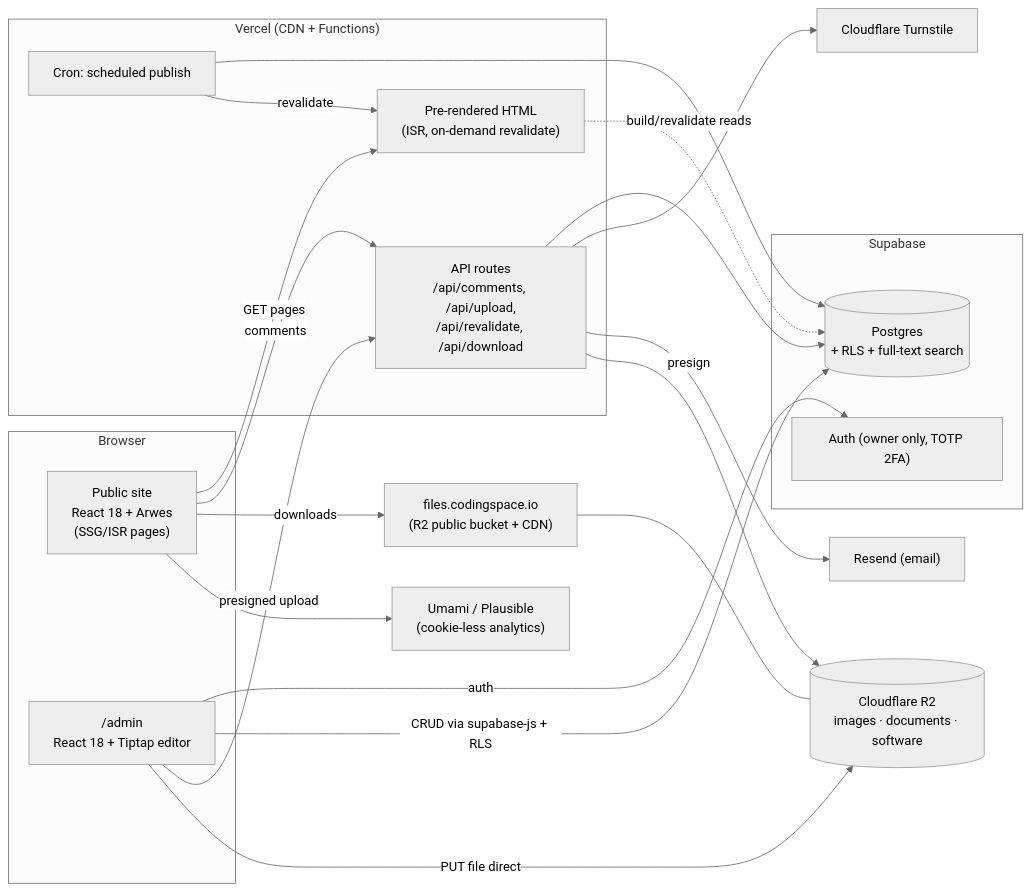
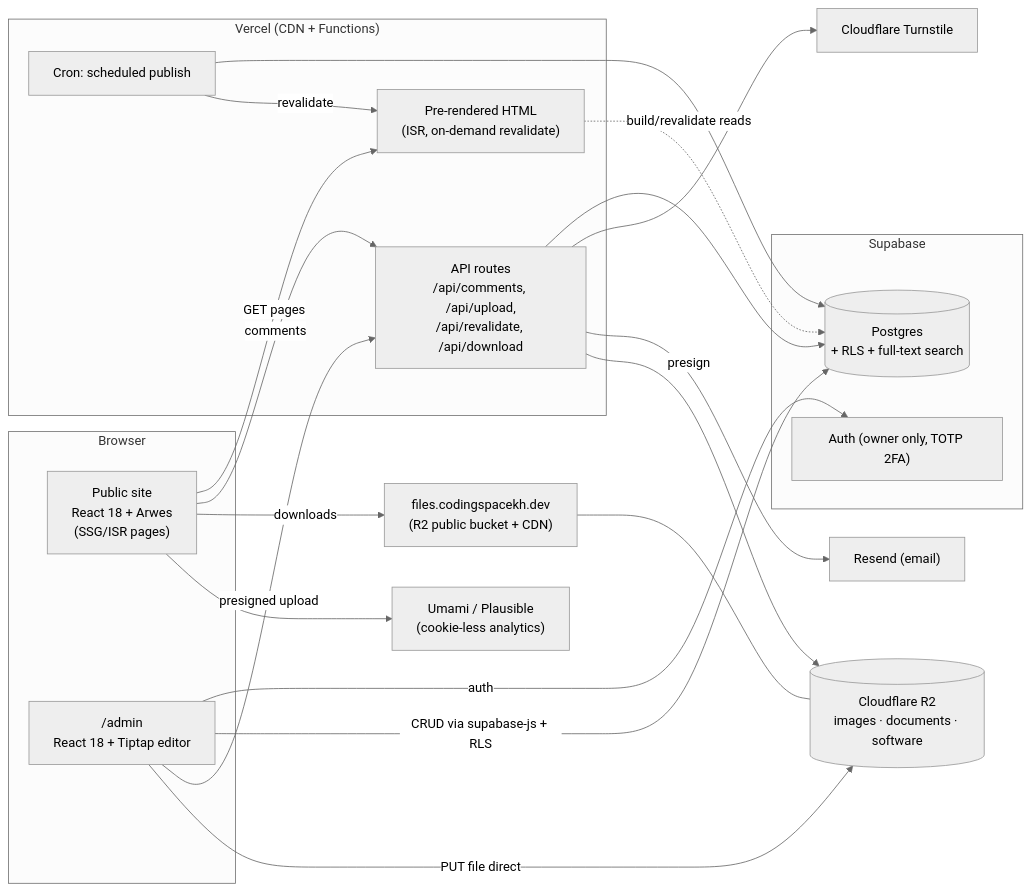
Before and after one commit to codingspacekh/codingspace: the first of 5 diagrams in docs/02-system-architecture.md, drawn with Mermaid (neutral theme). The commit also changed other lines of this file and 31 other files, not shown here.

First line of the commit message:
Domain: codingspacekh.dev (#46)

````diff
--- a/docs/02-system-architecture.md
+++ b/docs/02-system-architecture.md
@@ -30,41 +30,41 @@
 ```mermaid
 flowchart LR
   subgraph Client["Browser"]
     PUB["Public site<br/>React 18 + Arwes<br/>(SSG/ISR pages)"]
     ADM["/admin<br/>React 18 + Tiptap editor"]
   end
 
   subgraph Edge["Vercel (CDN + Functions)"]
     SSG["Pre-rendered HTML<br/>(ISR, on-demand revalidate)"]
     API["API routes<br/>/api/comments, /api/upload,<br/>/api/revalidate, /api/download"]
     CRON["Cron: scheduled publish"]
   end
 
   subgraph Data["Supabase"]
     PG[("Postgres<br/>+ RLS + full-text search")]
     AUTH["Auth (owner only, TOTP 2FA)"]
   end
 
   R2[("Cloudflare R2<br/>images · documents · software")]
-  CDN["files.codingspace.io<br/>(R2 public bucket + CDN)"]
+  CDN["files.codingspacekh.dev<br/>(R2 public bucket + CDN)"]
   TS["Cloudflare Turnstile"]
   MAIL["Resend (email)"]
   ANA["Umami / Plausible<br/>(cookie-less analytics)"]
 
   PUB -->|GET pages| SSG
   PUB -->|comments| API
   PUB -->|downloads| CDN
   ADM -->|auth| AUTH
   ADM -->|CRUD via supabase-js + RLS| PG
   ADM -->|presigned upload| API
   API --> PG
   API --> TS
   API --> MAIL
   API -->|presign| R2
   ADM -->|PUT file direct| R2
   CDN --- R2
   CRON --> PG
   CRON -->|revalidate| SSG
   SSG -. build/revalidate reads .-> PG
   PUB --> ANA
 ```
````
